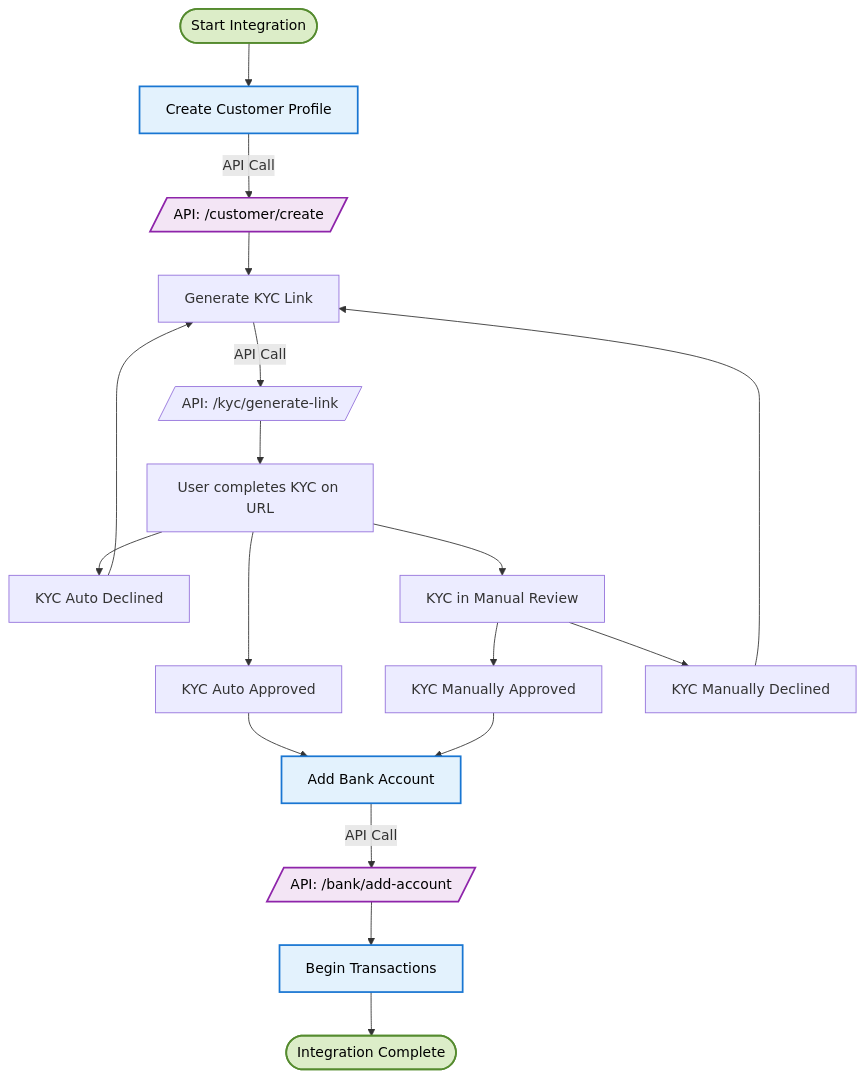
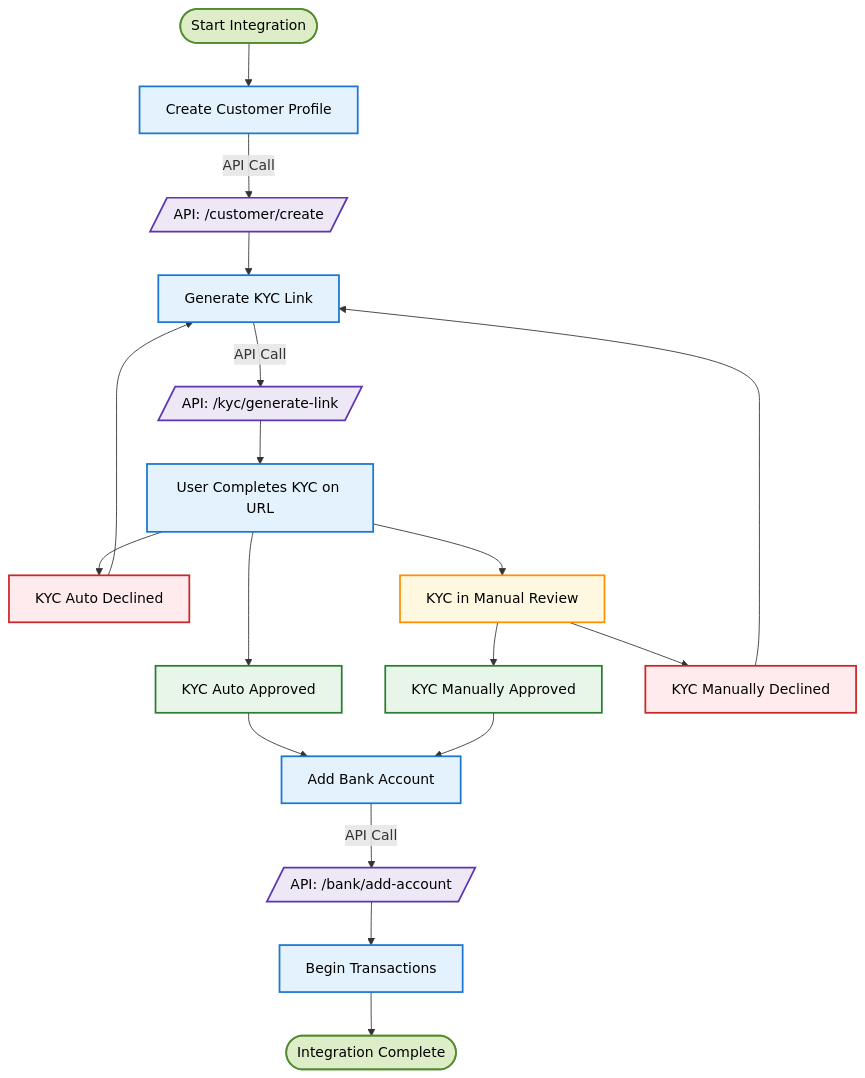
The diagram in api-reference-other/integration-guides/kyc-integration-guide.mdx (DollarPe-Infra/docs), drawn with Mermaid before and after one commit. The commit also changed other lines of this file and 4 other files, not shown here.

````diff
--- a/api-reference-other/integration-guides/kyc-integration-guide.mdx
+++ b/api-reference-other/integration-guides/kyc-integration-guide.mdx
@@ -36,40 +36,33 @@
 ```mermaid
 flowchart TD
-    Start([Start Integration]) --> CreateCustomer[Create Customer Profile]
-    CreateCustomer -->|API Call| CustomerAPI[/API: /customer/create/]
+    Start([Start Integration]):::startEndNode --> CreateCustomer[Create Customer Profile]:::mainNode
+    CreateCustomer -->|API Call| CustomerAPI[/API: /customer/create/]:::apiNode
     
-    CustomerAPI --> GenerateKycLink[Generate KYC Link]
-    GenerateKycLink -->|API Call| KycURL[/API: /kyc/generate-link/]
-    KycURL --> CompleteKYC[User completes KYC on URL]
-    
-    CompleteKYC --> AutoApproved[KYC Auto Approved]
-    CompleteKYC --> AutoDeclined[KYC Auto Declined]
-    CompleteKYC --> ManualReview[KYC in Manual Review]
+    CustomerAPI --> GenerateKycLink[Generate KYC Link]:::mainNode
+    GenerateKycLink -->|API Call| KycURL[/API: /kyc/generate-link/]:::apiNode
+    KycURL --> CompleteKYC[User Completes KYC on URL]:::mainNode
 
-    AutoApproved --> AddBank[Add Bank Account]
+    CompleteKYC --> AutoApproved[KYC Auto Approved]:::stateNode
+    CompleteKYC --> AutoDeclined[KYC Auto Declined]:::failureNode
+    CompleteKYC --> ManualReview[KYC in Manual Review]:::waitNode
+
+    AutoApproved --> AddBank[Add Bank Account]:::mainNode
     AutoDeclined --> GenerateKycLink
 
-    ManualReview --> ManuallyApproved[KYC Manually Approved]
-    ManualReview --> ManuallyDeclined[KYC Manually Declined]
+    ManualReview --> ManuallyApproved[KYC Manually Approved]:::stateNode
+    ManualReview --> ManuallyDeclined[KYC Manually Declined]:::failureNode
 
     ManuallyApproved --> AddBank
     ManuallyDeclined --> GenerateKycLink
-    
-    AddBank -->|API Call| BankAPI[/API: /bank/add-account/]
-    BankAPI --> Complete[Begin Transactions]
-    Complete --> TransactionReady([Integration Complete])
+
+    AddBank -->|API Call| BankAPI[/API: /bank/add-account/]:::apiNode
+    BankAPI --> Complete[Begin Transactions]:::mainNode
+    Complete --> TransactionReady([Integration Complete]):::startEndNode
 
     classDef startEndNode fill:#dcedc8,stroke:#558b2f,stroke-width:2px,color:#000
     classDef mainNode fill:#e3f2fd,stroke:#1976d2,stroke-width:2px,color:#000
-    classDef apiNode fill:#f3e5f5,stroke:#8e24aa,stroke-width:2px,color:#000
+    classDef apiNode fill:#ede7f6,stroke:#5e35b1,stroke-width:2px,color:#000
     classDef stateNode fill:#e8f5e9,stroke:#2e7d32,stroke-width:2px,color:#000
     classDef failureNode fill:#ffebee,stroke:#c62828,stroke-width:2px,color:#000
     classDef waitNode fill:#fff8e1,stroke:#ff8f00,stroke-width:2px,color:#000
-
-    class Start,TransactionReady startEndNode
-    class CreateCustomer,AddKYC,UpdateTax,UpdateDoc,AddBank,Complete mainNode
-    class CustomerAPI,KycAPI,TaxAPI,DocAPI,BankAPI apiNode
-    class Processing,Verified stateNode
-    class Failed,CheckReason failureNode
-    class WebhookNotification waitNode
 ```
````
